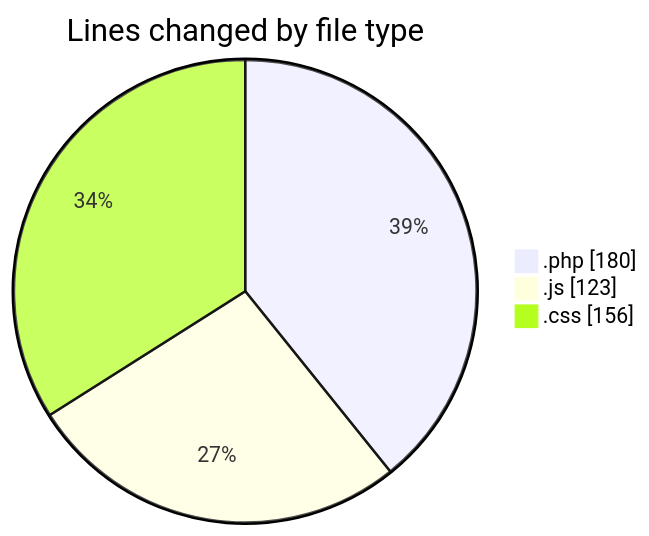
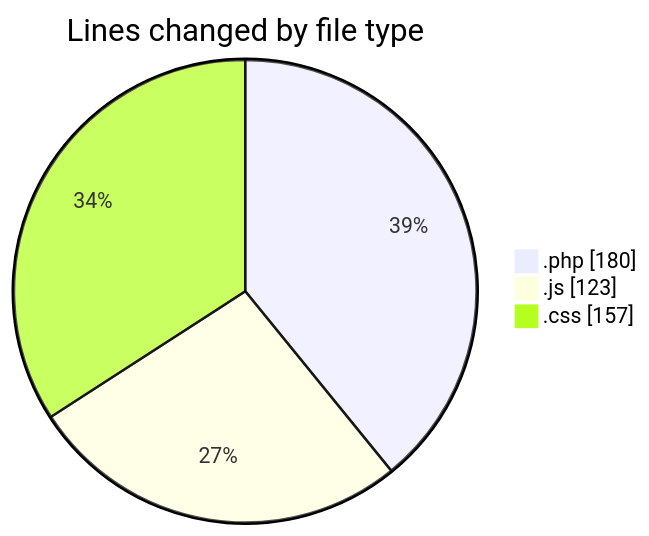
Before and after one commit to debugP/code-tracking: the first of 2 diagrams in 2025-10-28/untitled__workspace_/README.md, drawn with Mermaid. The commit also changed other lines of this file and 1 other file, not shown here.

````diff
--- a/2025-10-28/untitled__workspace_/README.md
+++ b/2025-10-28/untitled__workspace_/README.md
@@ -22,7 +22,7 @@
 ```mermaid
 pie showData
 title Lines changed by file type
 ".php" : 180
 ".js" : 123
-".css" : 156
+".css" : 157
 ```
````
